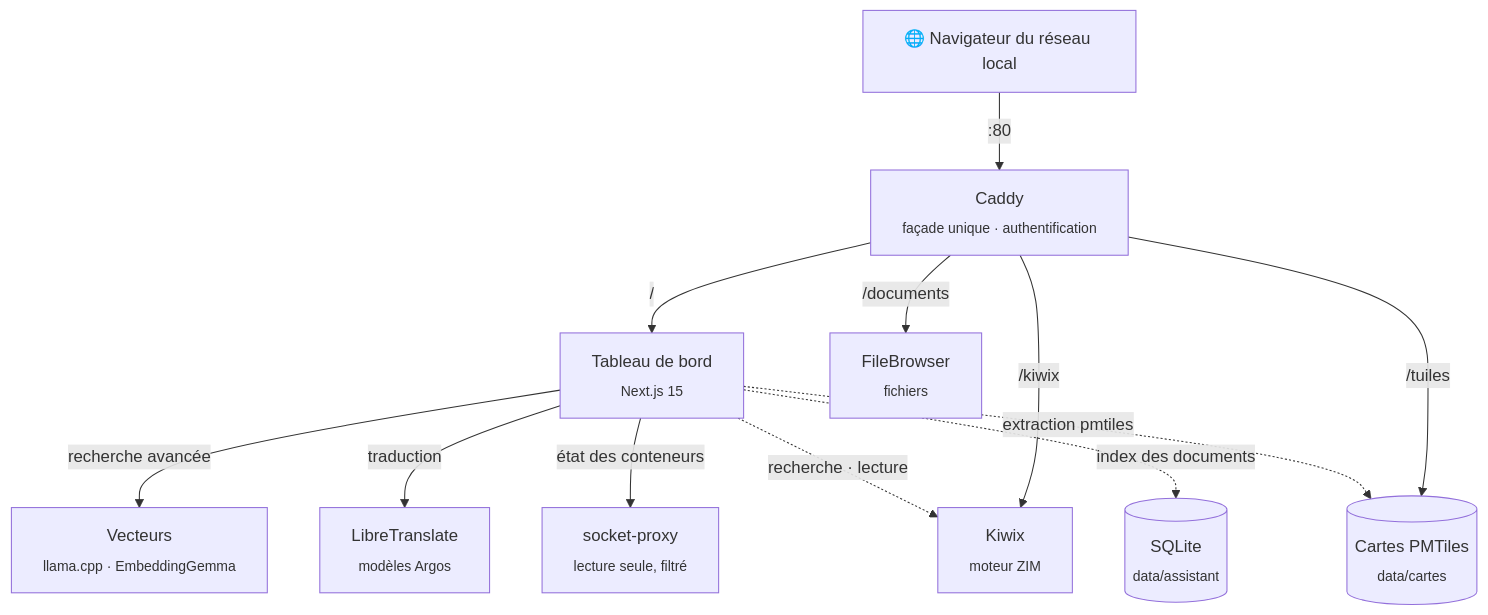
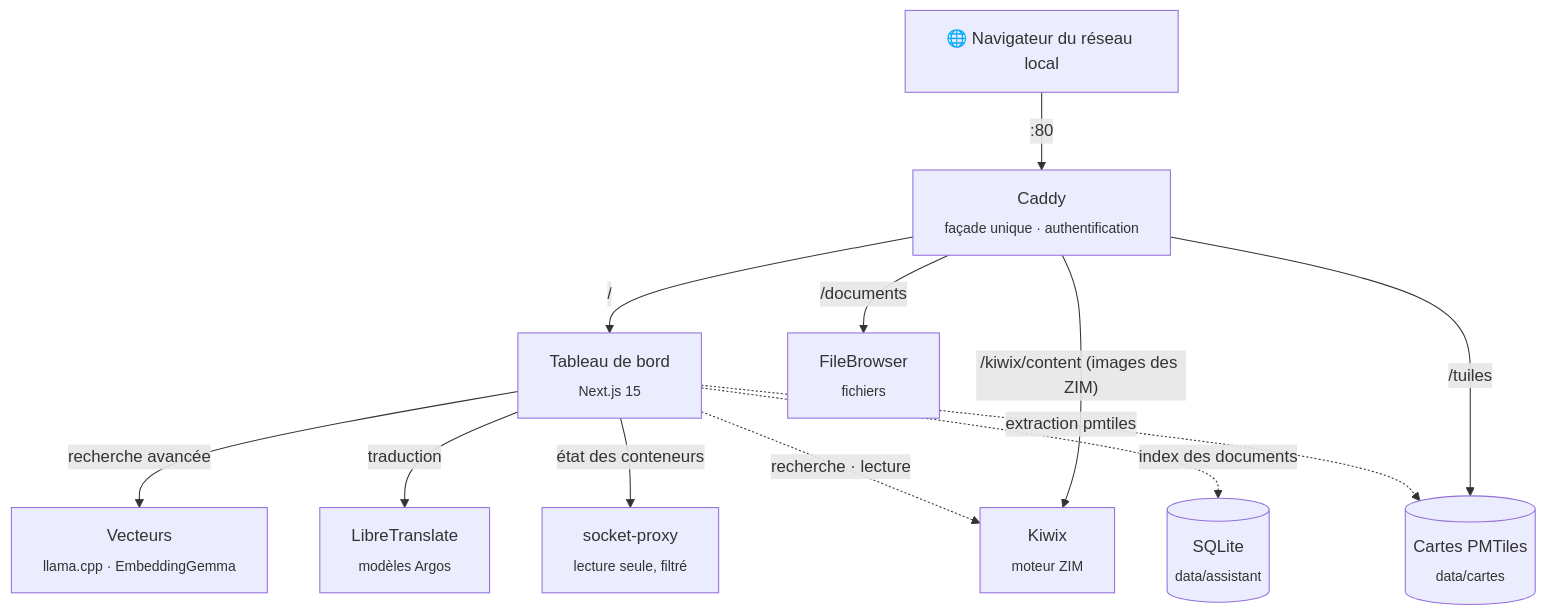
The second of 2 diagrams in README.md (Gorgo126/ODIN), drawn with Mermaid before and after one commit. The commit also changed other lines of this file and 8 other files, not shown here.

Commit message:
Kiwix derrière le lecteur : page /encyclopedie, articles toujours dans /lire, Caddy ne sert plus que les fichiers des ZIM (page HTML → lecteur, reste → /encyclopedie)

````diff
--- a/README.md
+++ b/README.md
@@ -205,15 +205,15 @@
 ```mermaid
 flowchart TB
     N["🌐 Navigateur du réseau local"] -->|":80"| CA
     CA["Caddy<br/><sub>façade unique · authentification</sub>"]
     CA -->|"/"| D["Tableau de bord<br/><sub>Next.js 15</sub>"]
-    CA -->|"/kiwix"| K["Kiwix<br/><sub>moteur ZIM</sub>"]
+    CA -->|"/kiwix/content (images des ZIM)"| K["Kiwix<br/><sub>moteur ZIM</sub>"]
     CA -->|"/documents"| F["FileBrowser<br/><sub>fichiers</sub>"]
     CA -->|"/tuiles"| T[("Cartes PMTiles<br/><sub>data/cartes</sub>")]
     D -->|"recherche avancée"| V["Vecteurs<br/><sub>llama.cpp · EmbeddingGemma</sub>"]
     D -->|"traduction"| L["LibreTranslate<br/><sub>modèles Argos</sub>"]
     D -->|"état des conteneurs"| P["socket-proxy<br/><sub>lecture seule, filtré</sub>"]
     D -.->|"recherche · lecture"| K
     D -.->|"extraction pmtiles"| T
     D -.->|"index des documents"| I[("SQLite<br/><sub>data/assistant</sub>")]
 ```
````
